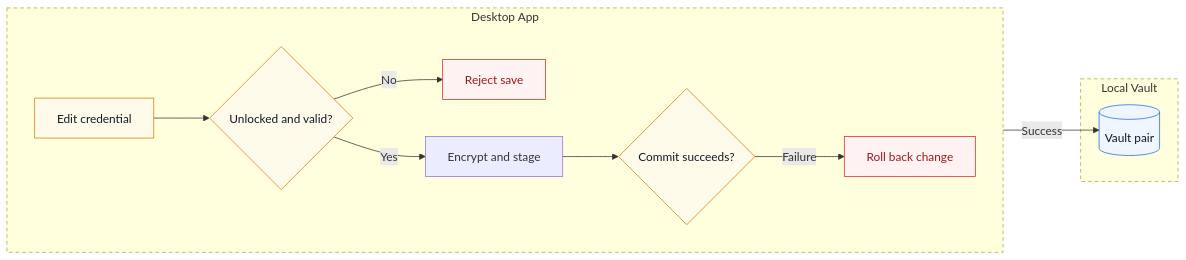
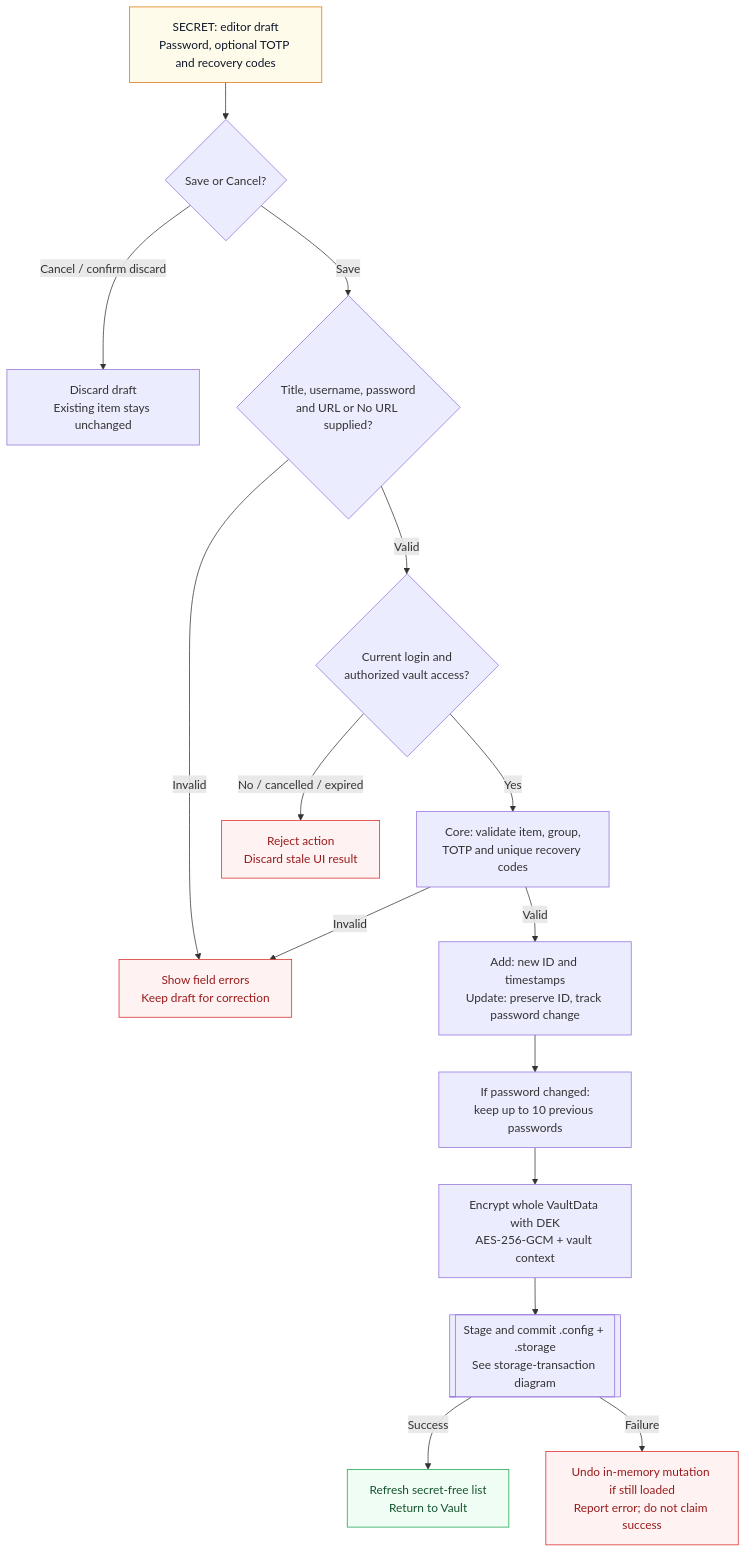
Before and after one commit to Lmnhutw/YourSafe: the diagram in docs/diagrams/save-credential.mmd, drawn with Mermaid. The commit also changed 47 other files, not shown here.

```diff
--- a/docs/diagrams/save-credential.mmd
+++ b/docs/diagrams/save-credential.mmd
@@ -1,21 +1,21 @@
-flowchart LR
-    accTitle: Save a credential
-    accDescr: The desktop validates an unlocked editor draft, encrypts the vault with the DEK, and stages a paired commit. Failure rolls back; success persists ciphertext and config metadata.
-    subgraph desktop["Desktop App"]
-        direction LR
-        edit["`Edit credential`"]:::secret --> ready{"`Unlocked and valid?`"}:::decision
-        ready -->|No| denied["Reject save"]:::danger
-        ready -->|Yes| encrypt["`Encrypt and stage`"]
-        encrypt --> result{"`Commit succeeds?`"}:::decision
-        result -->|Failure| rollback["Roll back change"]:::danger
-    end
-    subgraph localVault["Local Vault"]
-        pair[("`Vault pair`")]:::encrypted
-    end
-    result -->|Success| pair
+flowchart TB
+    accTitle: Save a credential draft
+    accDescr: WinUI validates required editor fields, Presentation checks the current login, and Core validates and applies an add or update in memory. Core encrypts the entire vault and commits config and storage together. Failed persistence restores the in-memory mutation when the session still exists; cancelled drafts are discarded.
+    draft["SECRET: editor draft\nPassword, optional TOTP and recovery codes"]:::secret
+    draft --> choice{"Save or Cancel?"}
+    choice -->|Cancel / confirm discard| discard["Discard draft\nExisting item stays unchanged"]
+    choice -->|Save| ui{"Title, username, password\nand URL or No URL supplied?"}
+    ui -->|Invalid| error["Show field errors\nKeep draft for correction"]:::danger
+    ui -->|Valid| session{"Current login and\nauthorized vault access?"}
+    session -->|No / cancelled / expired| reject["Reject action\nDiscard stale UI result"]:::danger
+    session -->|Yes| core["Core: validate item, group,\nTOTP and unique recovery codes"]
+    core -->|Invalid| error
+    core -->|Valid| mutate["Add: new ID and timestamps\nUpdate: preserve ID, track password change"]
+    mutate --> history["If password changed:\nkeep up to 10 previous passwords"]
+    history --> encrypt["Encrypt whole VaultData with DEK\nAES-256-GCM + vault context"]
+    encrypt --> commit[["Stage and commit .config + .storage\nSee storage-transaction diagram"]]
+    commit -->|Success| saved["Refresh secret-free list\nReturn to Vault"]:::good
+    commit -->|Failure| rollback["Undo in-memory mutation if still loaded\nReport error; do not claim success"]:::danger
     classDef secret fill:#fffbeb,stroke:#d97706,color:#0f172a
-    classDef decision fill:#fffbeb,stroke:#d97706,color:#0f172a
-    classDef encrypted fill:#eff6ff,stroke:#2563eb,color:#0f172a
     classDef danger fill:#fef2f2,stroke:#dc2626,color:#991b1b
-    style desktop stroke-dasharray:5 4
-    style localVault stroke-dasharray:5 4
+    classDef good fill:#f0fdf4,stroke:#16a34a,color:#14532d
```
